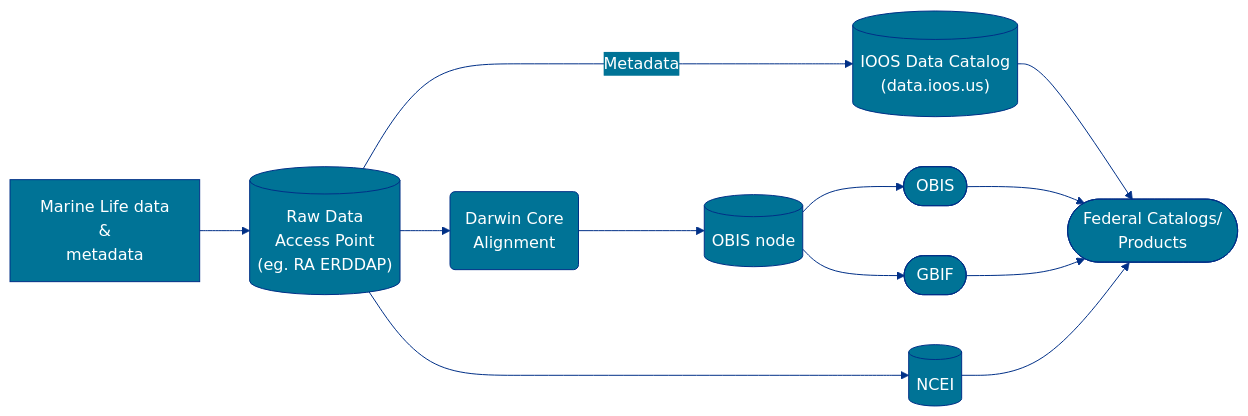
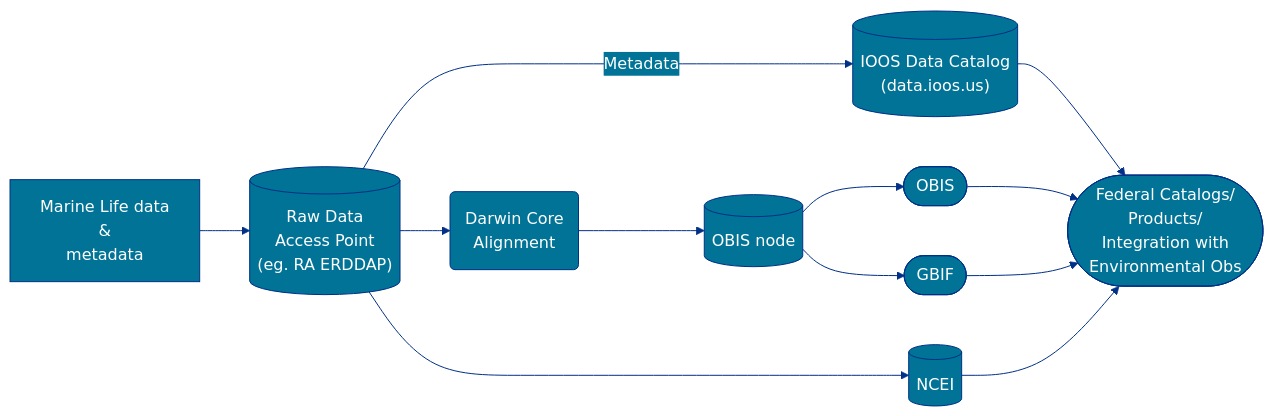
One commit to ioos/marine_life_data_network changed the diagram in _docs/mldn-data-flow.md. Above: the diagram before and after it, drawn with Mermaid.

````diff
--- a/_docs/mldn-data-flow.md
+++ b/_docs/mldn-data-flow.md
@@ -12,62 +12,63 @@
 ```mermaid
 
 %%{
   init: {
     'theme': 'base',
     'themeVariables': {
       'primaryColor': '#007396',
       'primaryTextColor': '#fff',
       'primaryBorderColor': '#003087',
       'lineColor': '#003087',
       'secondaryColor': '#007396',
       'tertiaryColor': '#CCD1D1'
     },
    'flowchart': { 'curve': 'basis' }
   }
 }%%
 
 flowchart LR
 
 A["Marine Life data 
 & 
 metadata"] 
 
 B[("Raw Data 
 Access Point
 (eg. RA ERDDAP)")]
 
 C("Darwin Core
 Alignment")
 
 D[(NCEI)]
 
 E[("OBIS node")]
 
 G([OBIS])
 
 H([GBIF])
 
 I[("IOOS Data Catalog
 (data.ioos.us)")]
 
 FC(["Federal Catalogs/
-Products"])
+Products/
+Integration with
+Environmental Obs"])
 
 
 A --> B
 B -- Metadata --> I
 B --> C
 B --> D
 
 C --> E
 E --> G
 E --> H
 
 I --> FC
 
 G --> FC
 H --> FC
 
-
 D --> FC
 ```
````
